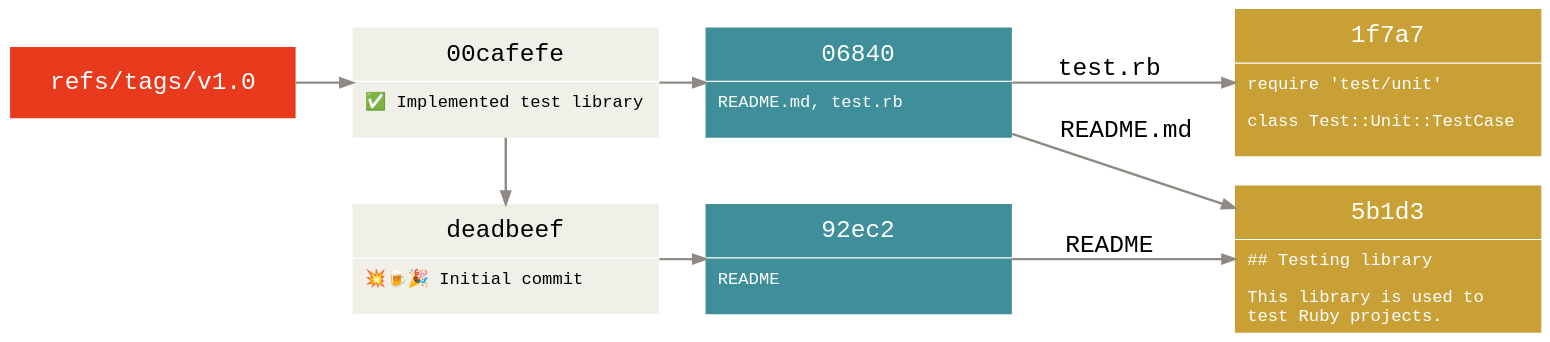
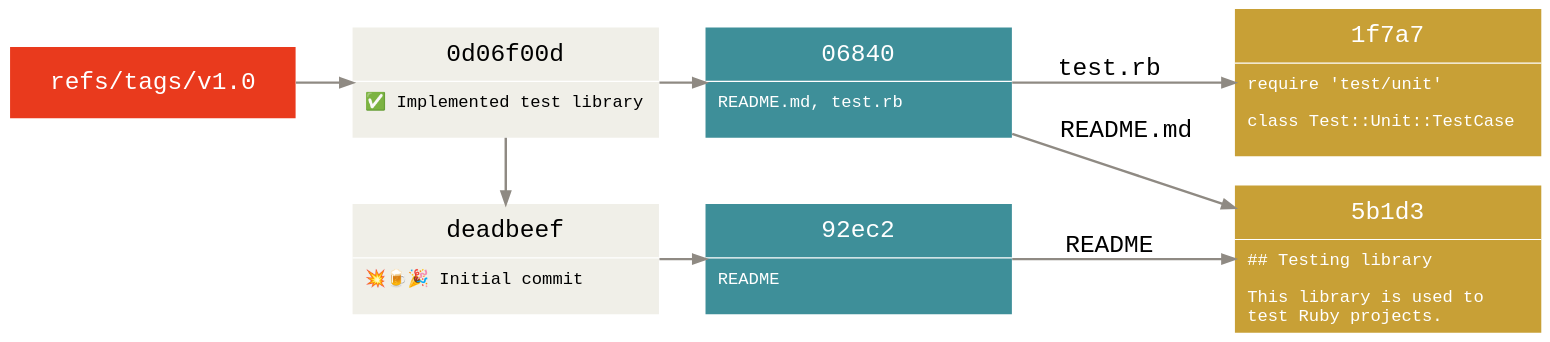
The diagram in images/internals/data-model-2.gv (agross/git-reveal), drawn with Graphviz before and after one commit. The commit also changed 23 other files, not shown here.

```diff
--- a/images/internals/data-model-2.gv
+++ b/images/internals/data-model-2.gv
@@ -68,7 +68,7 @@
       <tr>
         <td border="1"
             sides="b"
-            width="250">00cafefe</td>
+            width="250">0d06f00d</td>
       </tr>
       <tr>
         <td align="left"
```
